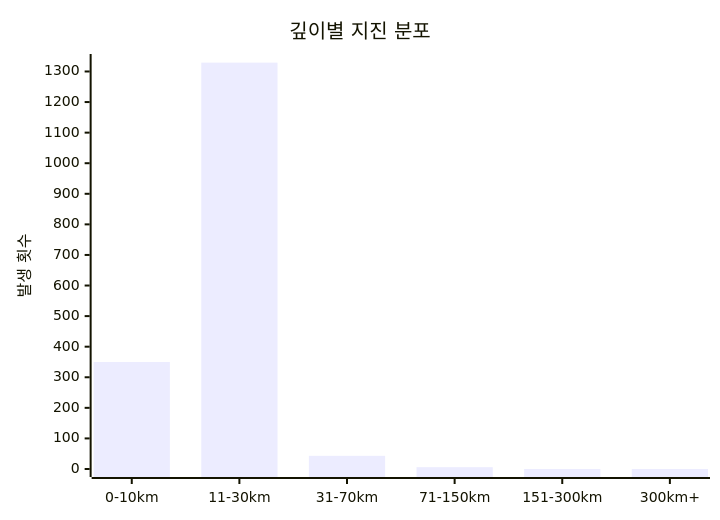
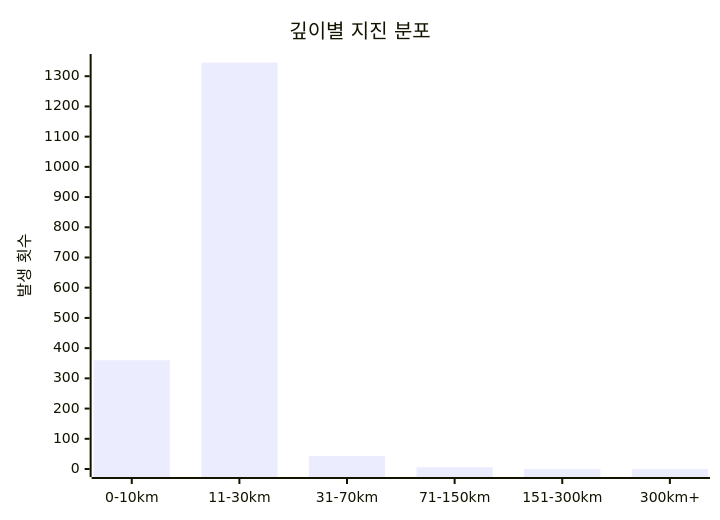
The diagram in charts/depth-chart.md (serendip811/japan-eq), drawn with Mermaid before and after one commit. The commit also changed other lines of this file and 5 other files, not shown here.

Commit message:
Update earthquake data and charts Fri Jul 11 01:32:18 UTC 2025

````diff
--- a/charts/depth-chart.md
+++ b/charts/depth-chart.md
@@ -3,7 +3,7 @@
 ```mermaid
 xychart-beta
     title "깊이별 지진 분포"
     x-axis ["0-10km", "11-30km", "31-70km", "71-150km", "151-300km", "300km+"]
-    y-axis "발생 횟수" 0 --> 1331
-    bar [350, 1329, 43, 6, 0, 0]
+    y-axis "발생 횟수" 0 --> 1347
+    bar [360, 1345, 43, 6, 0, 0]
 ```
````
